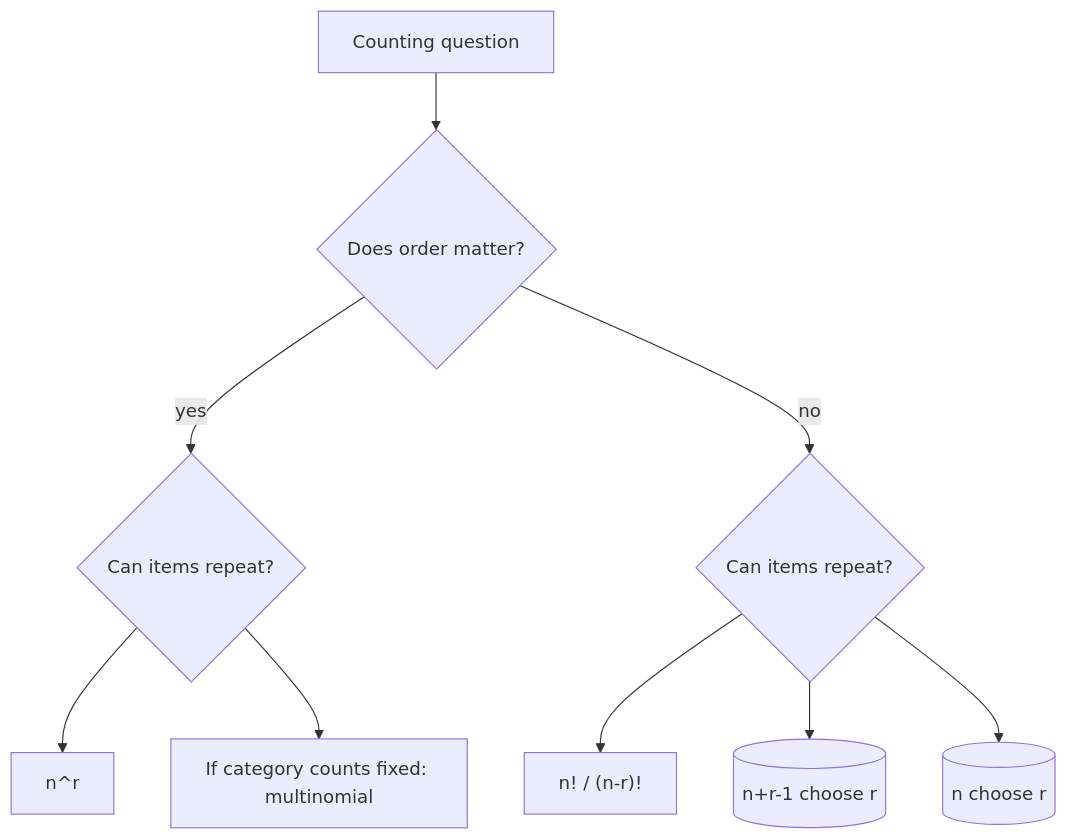
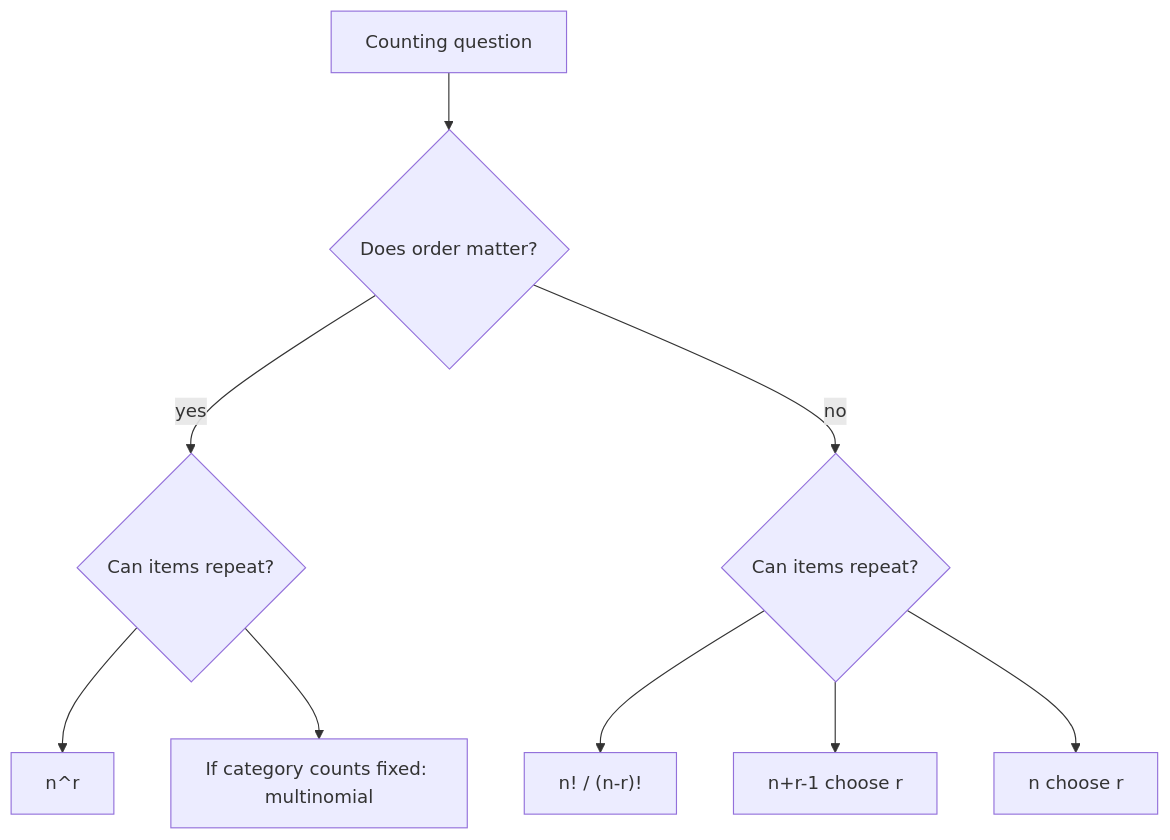
Before and after one commit to justinbrianhwang/SJ-wiki: the diagram in docs/math/probability/counting-principles.md, drawn with Mermaid. The commit also changed other lines of this file and 166 other files, not shown here.

````diff
--- a/docs/math/probability/counting-principles.md
+++ b/docs/math/probability/counting-principles.md
@@ -112,11 +181,11 @@
 ```mermaid
 flowchart TD
   Start[Counting question] --> Order{"Does order matter?"}
   Order -->|yes| RepY{"Can items repeat?"}
   Order -->|no| RepN{"Can items repeat?"}
   RepY --> Strings[n^r]
   RepY --> Mult["If category counts fixed: multinomial"]
   RepN --> Perm["n! / (n-r)!"]
-  RepN --> CombRep[(n+r-1 choose r)]
-  RepN --> Comb[(n choose r)]
+  RepN --> CombRep["n+r-1 choose r"]
+  RepN --> Comb["n choose r"]
 ```
````
